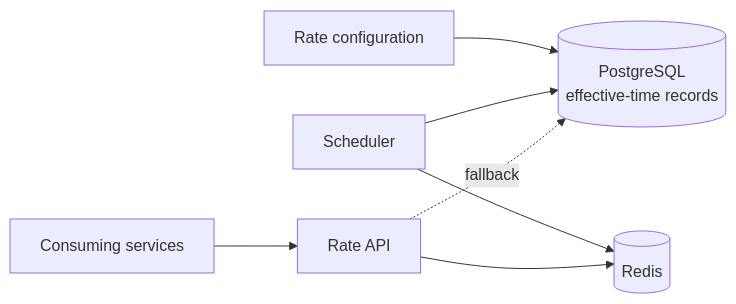
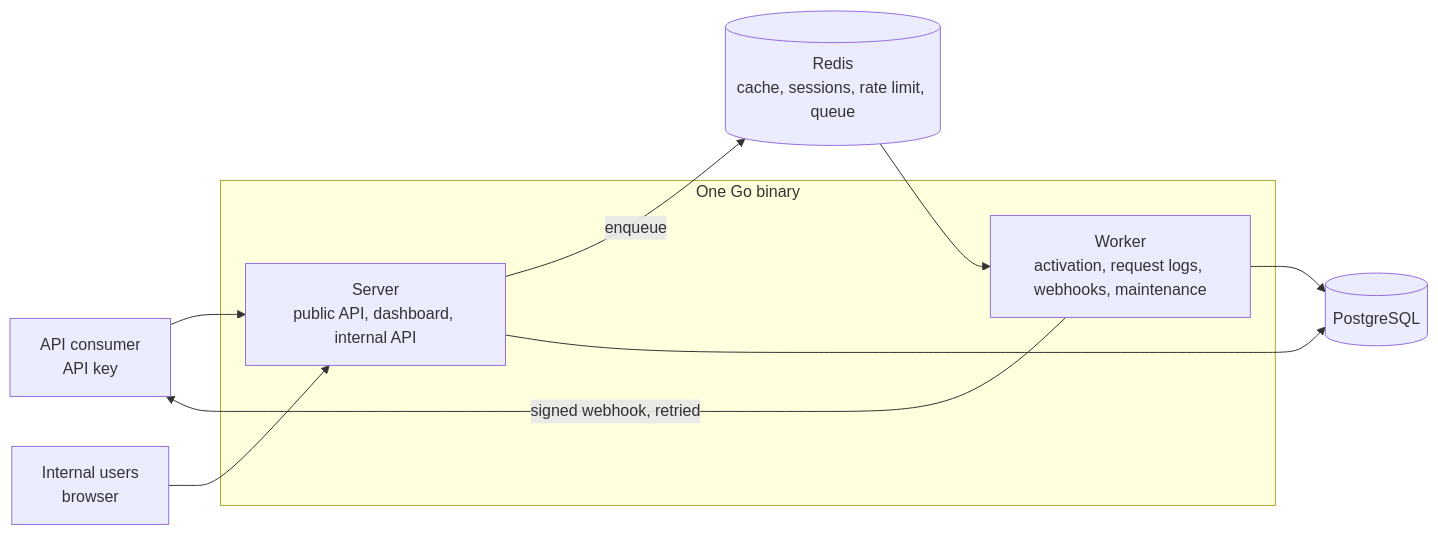
One commit to mockingbitch/portfolio changed the diagram in src/content/projects/currency-rate-platform.mdx. Above: the diagram before and after it, drawn with Mermaid. The commit also changed other lines of this file and 134 other files, not shown here.

````diff
--- a/src/content/projects/currency-rate-platform.mdx
+++ b/src/content/projects/currency-rate-platform.mdx
@@ -34,9 +94,14 @@
 ```mermaid
 flowchart LR
-  admin[Rate configuration] --> db[(PostgreSQL<br/>effective-time records)]
-  scheduler[Scheduler] --> db
-  scheduler --> cache[(Redis)]
-  api[Rate API] --> cache
-  api -. fallback .-> db
-  consumers[Consuming services] --> api
+  consumer[API consumer<br/>API key] --> serve
+  users[Internal users<br/>browser] --> serve
+  subgraph app[One Go binary]
+    serve[Server<br/>public API, dashboard, internal API]
+    worker[Worker<br/>activation, request logs, webhooks, maintenance]
+  end
+  serve -- enqueue --> redis[(Redis<br/>cache, sessions, rate limit, queue)]
+  redis --> worker
+  serve --> pg[(PostgreSQL)]
+  worker --> pg
+  worker -- "signed webhook, retried" --> consumer
 ```
````
